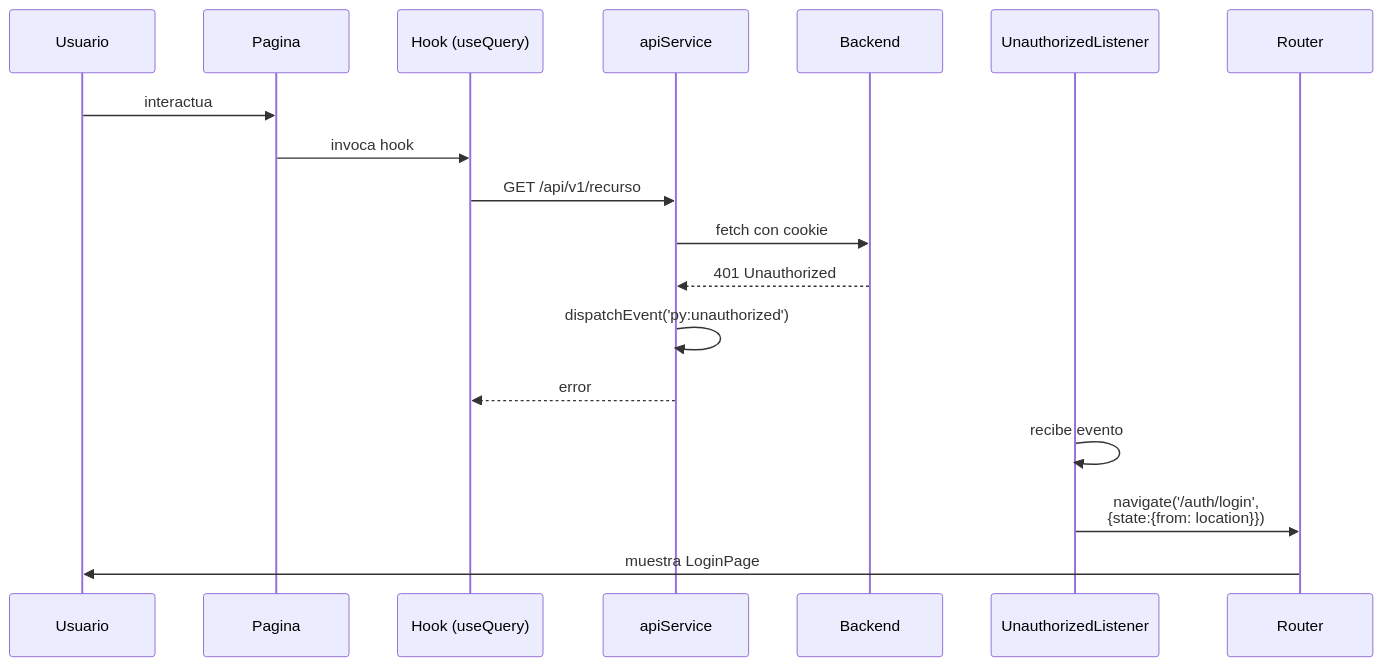
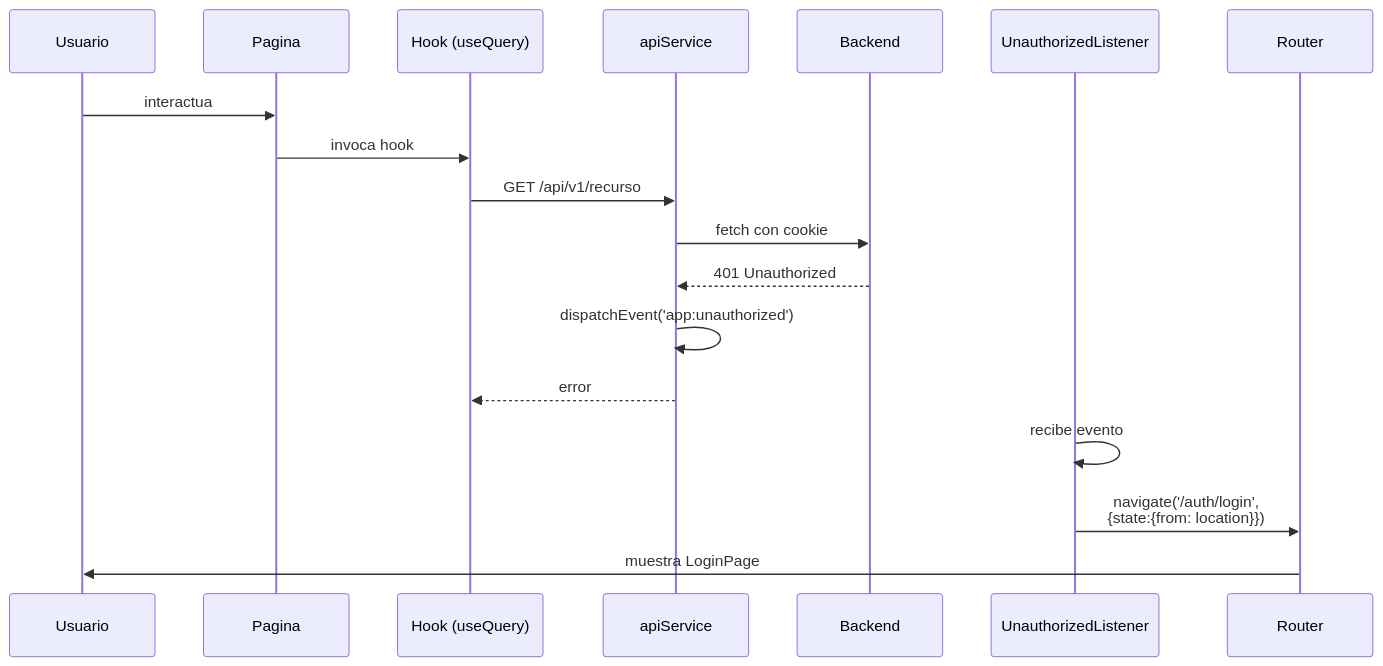
The diagram in docs/conceptos-transversales/conceptos-transversales.md (jcg-admin/template-ecommerce-ui), drawn with Mermaid before and after one commit. The commit also changed other lines of this file and 24 other files, not shown here.

````diff
--- a/docs/conceptos-transversales/conceptos-transversales.md
+++ b/docs/conceptos-transversales/conceptos-transversales.md
@@ -19,21 +19,21 @@
 ```mermaid
 sequenceDiagram
     participant U as Usuario
     participant P as Pagina
     participant H as Hook (useQuery)
     participant S as apiService
     participant B as Backend
     participant L as UnauthorizedListener
     participant R as Router
 
     U->>P: interactua
     P->>H: invoca hook
     H->>S: GET /api/v1/recurso
     S->>B: fetch con cookie
     B-->>S: 401 Unauthorized
-    S->>S: dispatchEvent('py:unauthorized')
+    S->>S: dispatchEvent('app:unauthorized')
     S-->>H: error
     L->>L: recibe evento
     L->>R: navigate('/auth/login',<br/>{state:{from: location}})
     R->>U: muestra LoginPage
 ```
````
